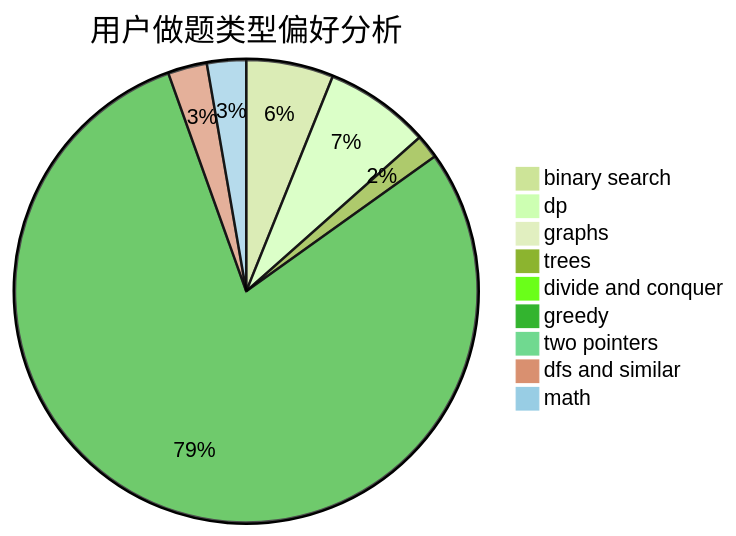
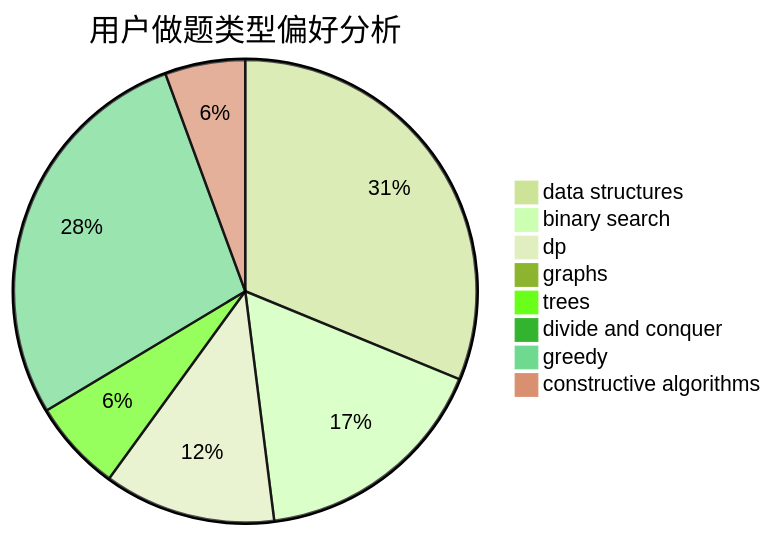
The second of 3 diagrams in docs/user/u2008.md (sherpahu/cfrs.github.io), drawn with Mermaid (forest theme) before and after one commit. The commit also changed other lines of this file and 2775 other files, not shown here.

````diff
--- a/docs/user/u2008.md
+++ b/docs/user/u2008.md
@@ -23,12 +23,11 @@
 ```mermaid
 pie title 用户做题类型偏好分析
-    "binary search" :  29
-    "dp" :  35
-    "graphs" :  3
+    "data structures" :  39
+    "binary search" :  21
+    "dp" :  15
+    "graphs" :  0
     "trees" :  8
     "divide and conquer" :  0
-    "greedy" :  378
-    "two pointers" :  0
-    "dfs and similar" :  13
-    "math" :  13
+    "greedy" :  35
+    "constructive algorithms" :  7
 ```
````
